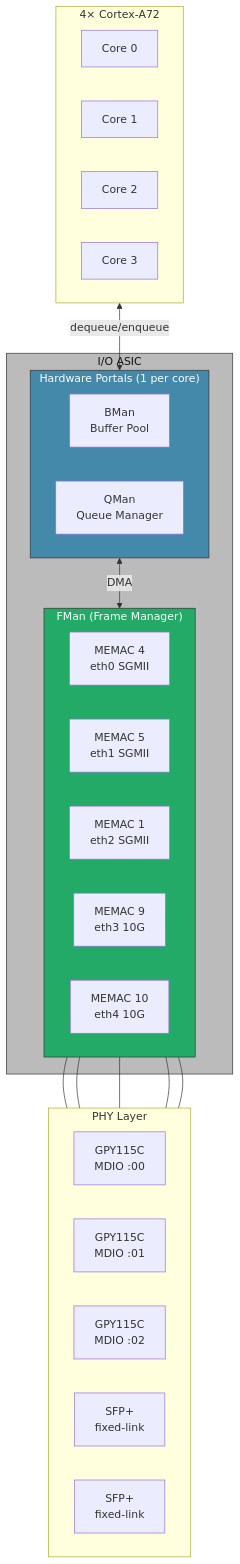
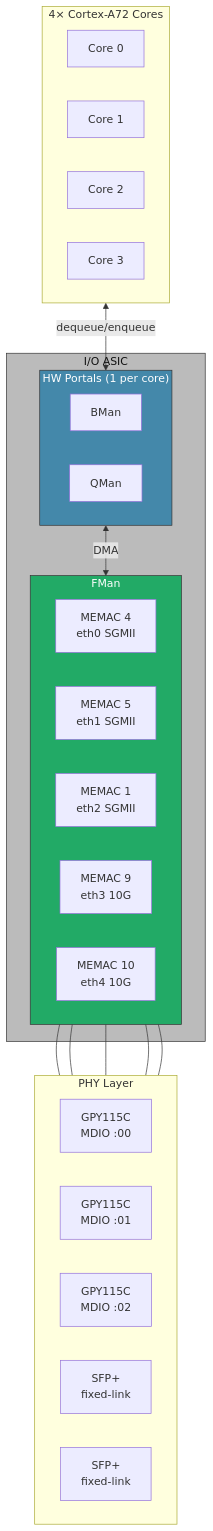
The diagram in HW-OFFLOADING.md (Daegara/vyos-ls1046a-build), drawn with Mermaid before and after one commit. The commit also changed other lines of this file and 2 other files, not shown here.

````diff
--- a/HW-OFFLOADING.md
+++ b/HW-OFFLOADING.md
@@ -20,40 +20,40 @@
 ```mermaid
 flowchart TB
-  subgraph CORES ["4× Cortex-A72"]
+  subgraph CORES ["4× Cortex-A72 Cores"]
     C0["Core 0"] & C1["Core 1"] & C2["Core 2"] & C3["Core 3"]
   end
 
-  subgraph PORTALS ["Hardware Portals (1 per core)"]
-    BP["BMan\nBuffer Pool"] & QP["QMan\nQueue Manager"]
+  subgraph PORTALS ["HW Portals (1 per core)"]
+    BP["BMan"] & QP["QMan"]
   end
 
-  subgraph FMAN ["FMan (Frame Manager)"]
+  subgraph FMAN ["FMan"]
     direction LR
     M0["MEMAC 4\neth0 SGMII"]
     M1["MEMAC 5\neth1 SGMII"]
     M2["MEMAC 1\neth2 SGMII"]
     M3["MEMAC 9\neth3 10G"]
     M4["MEMAC 10\neth4 10G"]
   end
 
   subgraph PHY ["PHY Layer"]
     direction LR
     G0["GPY115C\nMDIO :00"] & G1["GPY115C\nMDIO :01"] & G2["GPY115C\nMDIO :02"]
     S1["SFP+\nfixed-link"] & S2["SFP+\nfixed-link"]
   end
   
   subgraph ASIC ["I/O ASIC"]
     PORTALS <-->|"DMA"| FMAN
     M0 --- G0
     M1 --- G1
     M2 --- G2
     M3 --- S1
     M4 --- S2
   end
   
   CORES <-->|"dequeue/enqueue"| PORTALS
   
   style FMAN fill:#2a6,stroke:#333,color:#fff
   style PORTALS fill:#48a,stroke:#333,color:#fff
   style ASIC fill:#bbb,stroke:#333,color:#111
 ```
````
